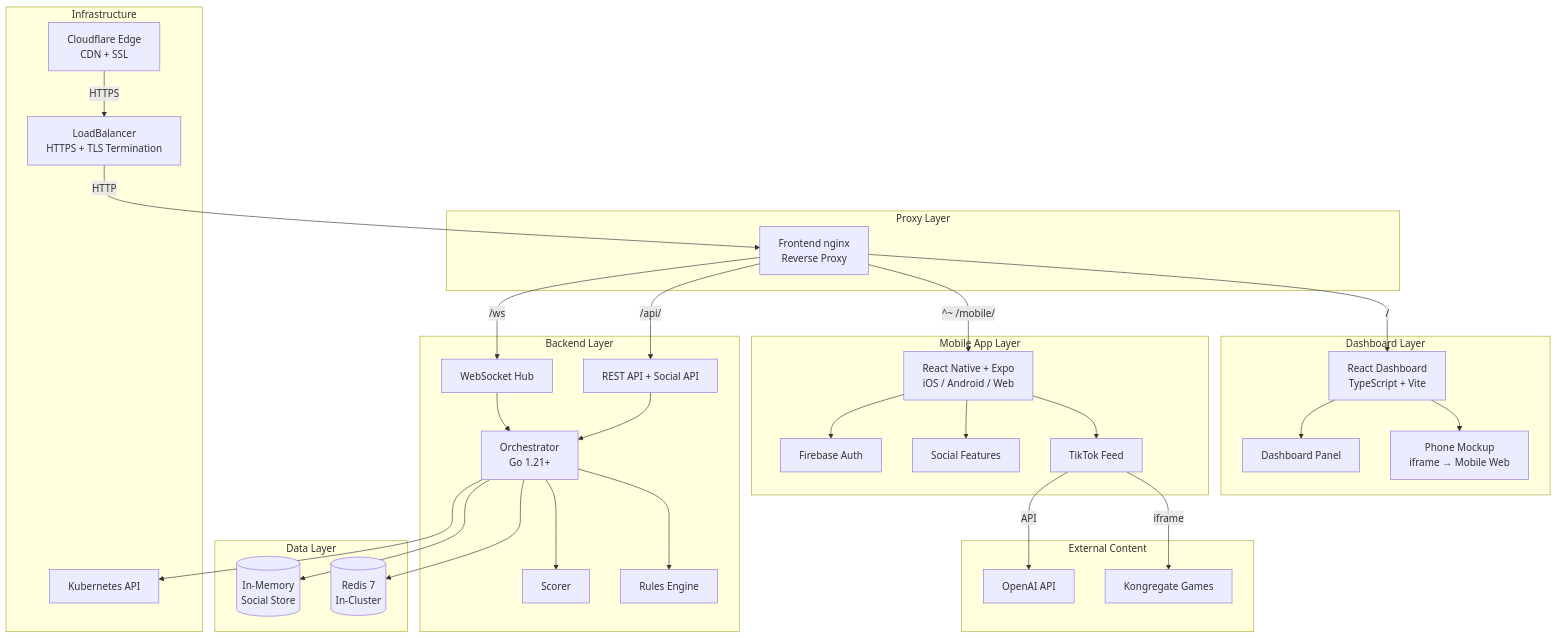
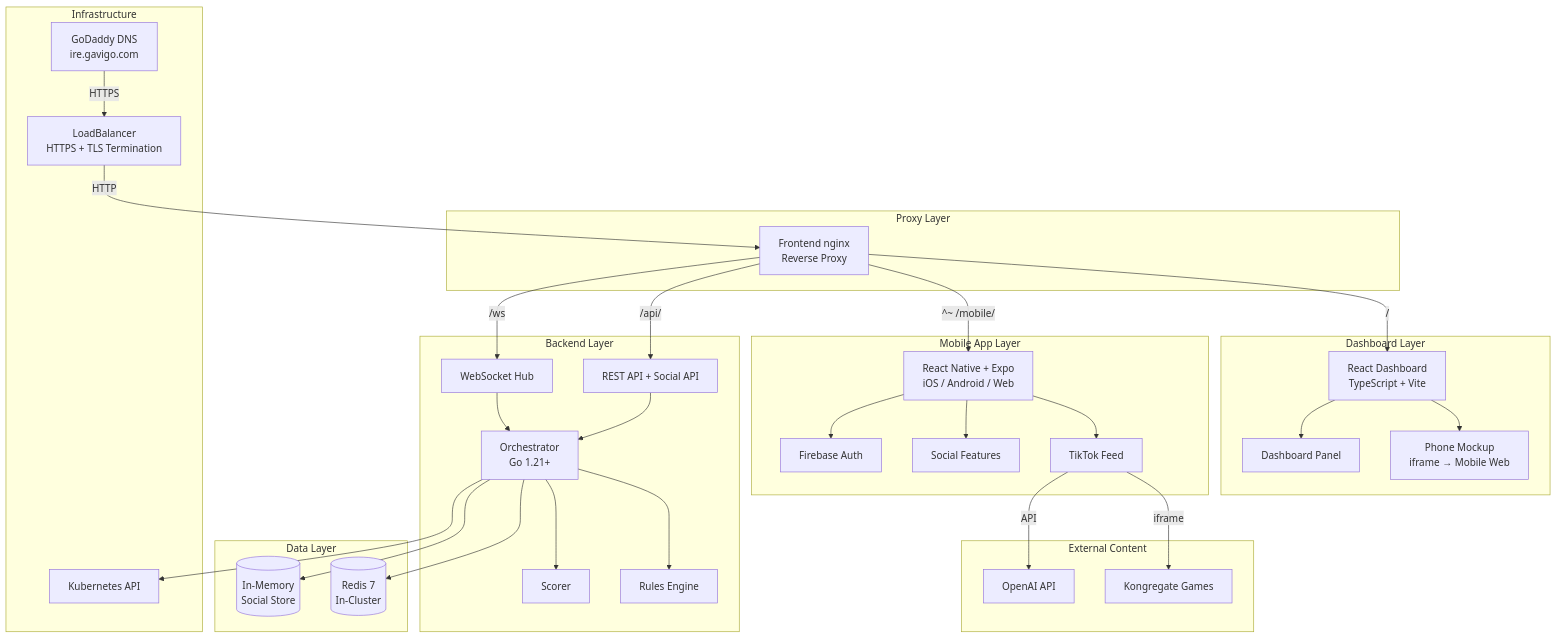
Before and after one commit to ChanMeng666/gavigo: the first of 7 diagrams in README.md, drawn with Mermaid. The commit also changed other lines of this file and 8 other files, not shown here.

First line of the commit message:
feat: migrate domain from gavigo.chanmeng.org to ire.gavigo.com

````diff
--- a/README.md
+++ b/README.md
@@ -89,66 +89,66 @@
 ```mermaid
 graph TB
     subgraph "Mobile App Layer"
         MA[React Native + Expo<br/>iOS / Android / Web]
         FEED[TikTok Feed]
         SOCIAL[Social Features]
         AUTH[Firebase Auth]
     end
 
     subgraph "Dashboard Layer"
         FE[React Dashboard<br/>TypeScript + Vite]
         PHONE[Phone Mockup<br/>iframe → Mobile Web]
         DASH[Dashboard Panel]
     end
 
     subgraph "Proxy Layer"
         NGINX[Frontend nginx<br/>Reverse Proxy]
     end
 
     subgraph "Backend Layer"
         ORCH[Orchestrator<br/>Go 1.21+]
         WS[WebSocket Hub]
         API[REST API + Social API]
         ENGINE[Rules Engine]
         SCORER[Scorer]
     end
 
     subgraph "Data Layer"
         REDIS[(Redis 7<br/>In-Cluster)]
         MEMSOCIAL[(In-Memory<br/>Social Store)]
     end
 
     subgraph "External Content"
         KG[Kongregate Games]
         OAI[OpenAI API]
     end
 
     subgraph "Infrastructure"
         K8S[Kubernetes API]
         LB[LoadBalancer<br/>HTTPS + TLS Termination]
-        CF_EDGE[Cloudflare Edge<br/>CDN + SSL]
+        DNS[GoDaddy DNS<br/>ire.gavigo.com]
     end
 
     MA --> FEED
     MA --> SOCIAL
     MA --> AUTH
     FE --> PHONE
     FE --> DASH
 
-    CF_EDGE -->|HTTPS| LB
+    DNS -->|HTTPS| LB
     LB -->|HTTP| NGINX
     NGINX -->|/| FE
     NGINX -->|^~ /mobile/| MA
     NGINX -->|/api/| API
     NGINX -->|/ws| WS
 
     WS --> ORCH
     API --> ORCH
     ORCH --> ENGINE
     ORCH --> SCORER
     ORCH --> REDIS
     ORCH --> MEMSOCIAL
     ORCH --> K8S
     FEED -->|iframe| KG
     FEED -->|API| OAI
 ```
````
